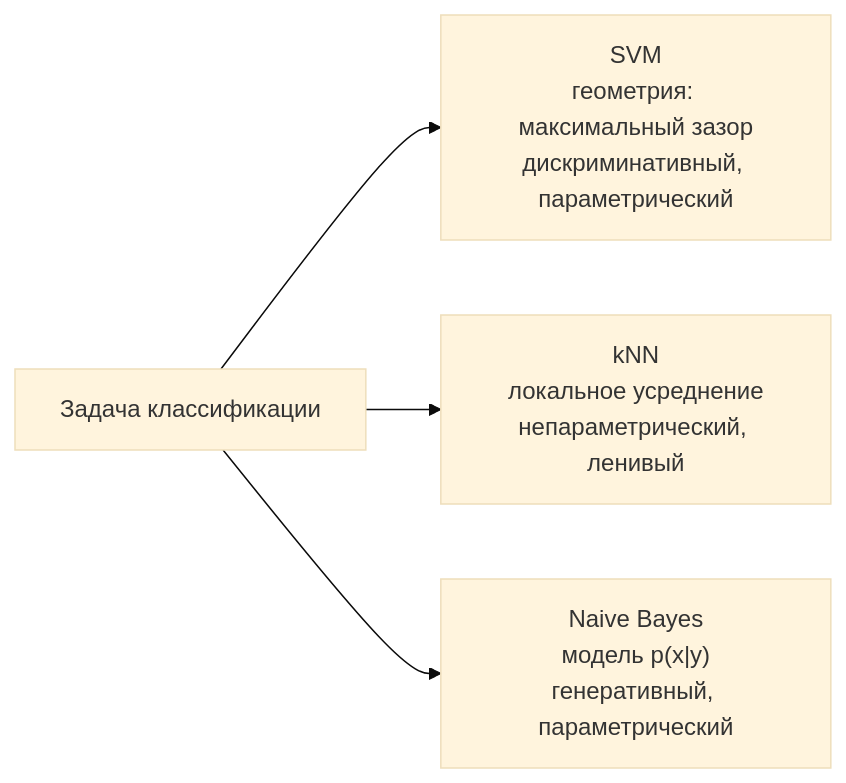
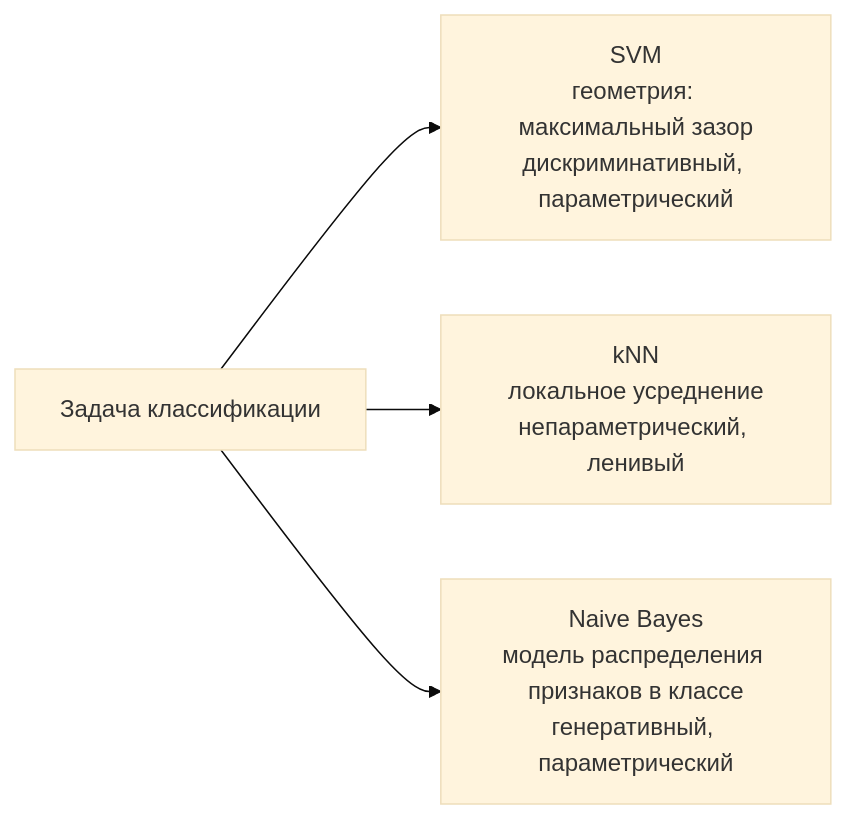
The diagram in docs/02-classic-ml/09-svm-knn-bayes.md (avanturer/ml-handbook), drawn with Mermaid (base theme) before and after one commit. The commit also changed other lines of this file and 6 other files, not shown here.

````diff
--- a/docs/02-classic-ml/09-svm-knn-bayes.md
+++ b/docs/02-classic-ml/09-svm-knn-bayes.md
@@ -56,6 +56,6 @@
 ```mermaid
 flowchart LR
     A["Задача классификации"] --> B["SVM<br/>геометрия: максимальный зазор<br/>дискриминативный, параметрический"]
     A --> C["kNN<br/>локальное усреднение<br/>непараметрический, ленивый"]
-    A --> D["Naive Bayes<br/>модель p(x|y)<br/>генеративный, параметрический"]
+    A --> D["Naive Bayes<br/>модель распределения признаков в классе<br/>генеративный, параметрический"]
 ```
````
